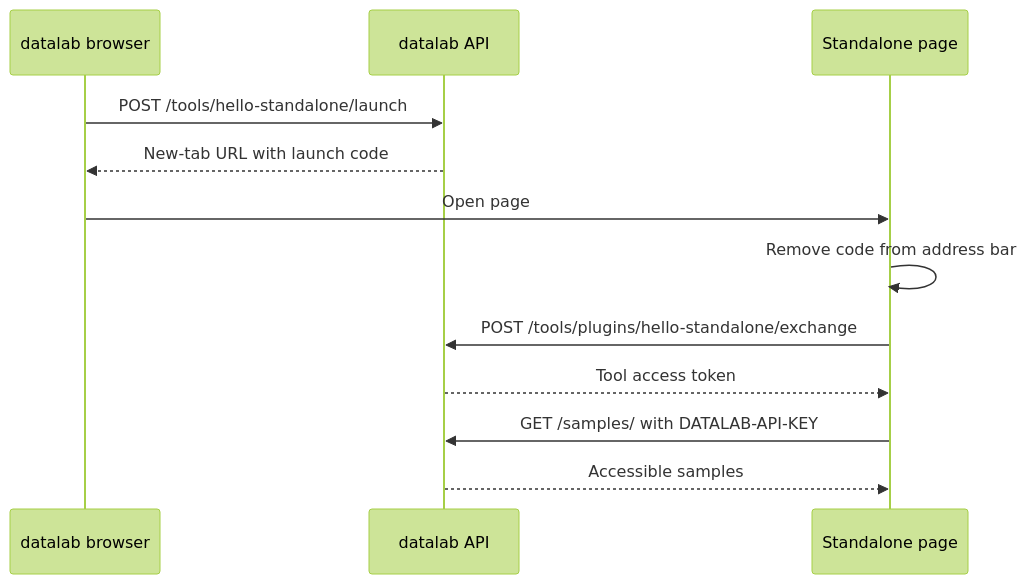
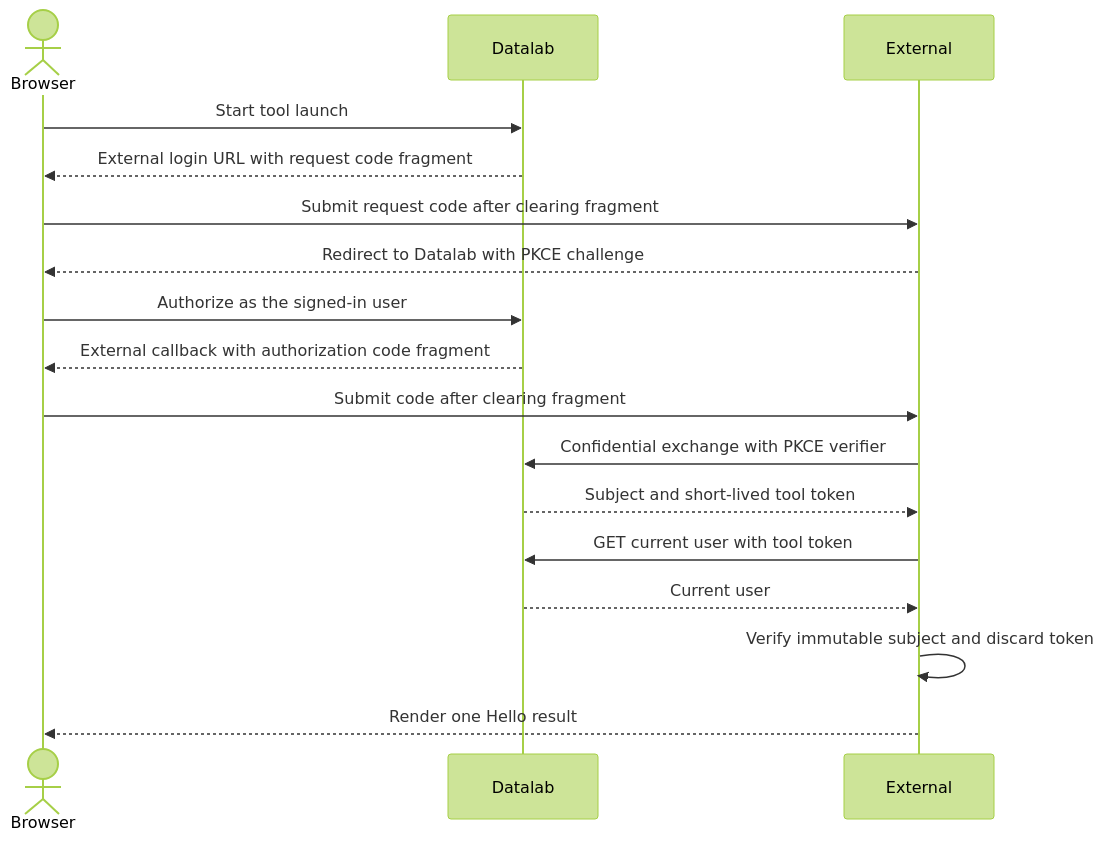
The diagram in pydatalab/docs/plugin-development/standalone-tool-plugin.md (datalab-org/datalab), drawn with Mermaid (forest theme) before and after one commit. The commit also changed other lines of this file and 4 other files, not shown here.

````diff
--- a/pydatalab/docs/plugin-development/standalone-tool-plugin.md
+++ b/pydatalab/docs/plugin-development/standalone-tool-plugin.md
@@ -23,14 +20,20 @@
 ```mermaid
 sequenceDiagram
-    participant Browser as datalab browser
-    participant API as datalab API
-    participant Tool as Standalone page
-    Browser->>API: POST /tools/hello-standalone/launch
-    API-->>Browser: New-tab URL with launch code
-    Browser->>Tool: Open page
-    Tool->>Tool: Remove code from address bar
-    Tool->>API: POST /tools/plugins/hello-standalone/exchange
-    API-->>Tool: Tool access token
-    Tool->>API: GET /samples/ with DATALAB-API-KEY
-    API-->>Tool: Accessible samples
+    actor Browser
+    participant Datalab
+    participant External
+
+    Browser->>Datalab: Start tool launch
+    Datalab-->>Browser: External login URL with request code fragment
+    Browser->>External: Submit request code after clearing fragment
+    External-->>Browser: Redirect to Datalab with PKCE challenge
+    Browser->>Datalab: Authorize as the signed-in user
+    Datalab-->>Browser: External callback with authorization code fragment
+    Browser->>External: Submit code after clearing fragment
+    External->>Datalab: Confidential exchange with PKCE verifier
+    Datalab-->>External: Subject and short-lived tool token
+    External->>Datalab: GET current user with tool token
+    Datalab-->>External: Current user
+    External->>External: Verify immutable subject and discard token
+    External-->>Browser: Render one Hello result
 ```
````
